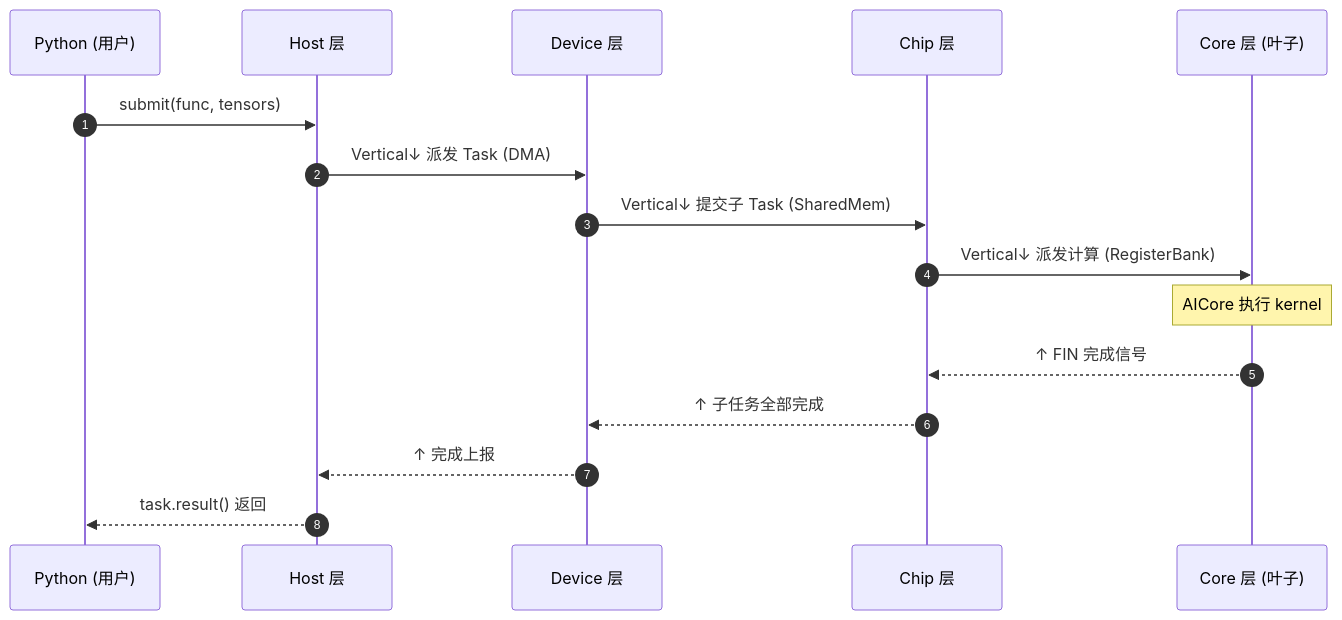
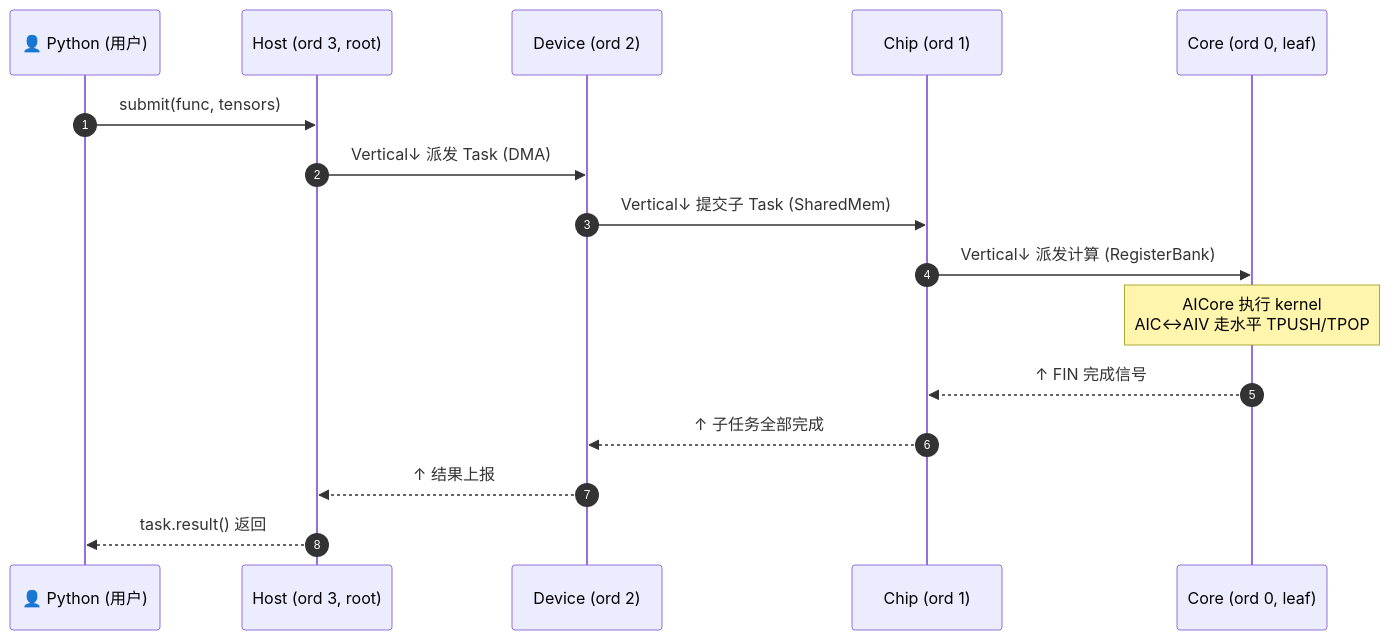
One commit to csy0225/pypto-project changed the fourth of 5 diagrams in notes/02-logical-view.md. Above: the diagram before and after it, drawn with Mermaid. The commit also changed other lines of this file, not shown here.

First line of the commit message:
docs(notes): 重画逻辑视图层次图——真实 ordinal/硬件名/通道载体 + 编号流动 + 多机 Pod 水平方向

````diff
--- a/notes/02-logical-view.md
+++ b/notes/02-logical-view.md
@@ -151,18 +195,18 @@
 ```mermaid
 sequenceDiagram
     autonumber
-    participant Py as Python (用户)
-    participant H as Host 层
-    participant D as Device 层
-    participant C as Chip 层
-    participant Core as Core 层 (叶子)
+    participant Py as 👤 Python (用户)
+    participant H as Host (ord 3, root)
+    participant D as Device (ord 2)
+    participant C as Chip (ord 1)
+    participant Core as Core (ord 0, leaf)
     Py->>H: submit(func, tensors)
     H->>D: Vertical↓ 派发 Task (DMA)
     D->>C: Vertical↓ 提交子 Task (SharedMem)
     C->>Core: Vertical↓ 派发计算 (RegisterBank)
-    Note over Core: AICore 执行 kernel
+    Note over Core: AICore 执行 kernel<br/>AIC↔AIV 走水平 TPUSH/TPOP
     Core-->>C: ↑ FIN 完成信号
     C-->>D: ↑ 子任务全部完成
-    D-->>H: ↑ 完成上报
+    D-->>H: ↑ 结果上报
     H-->>Py: task.result() 返回
 ```
````
